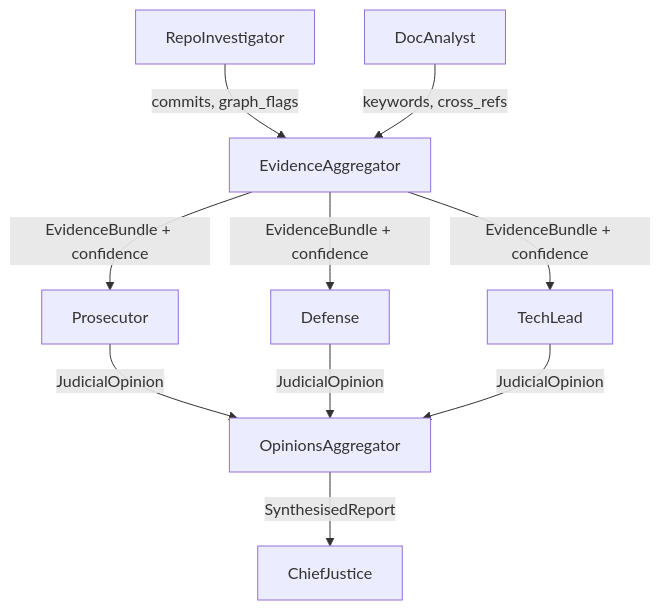
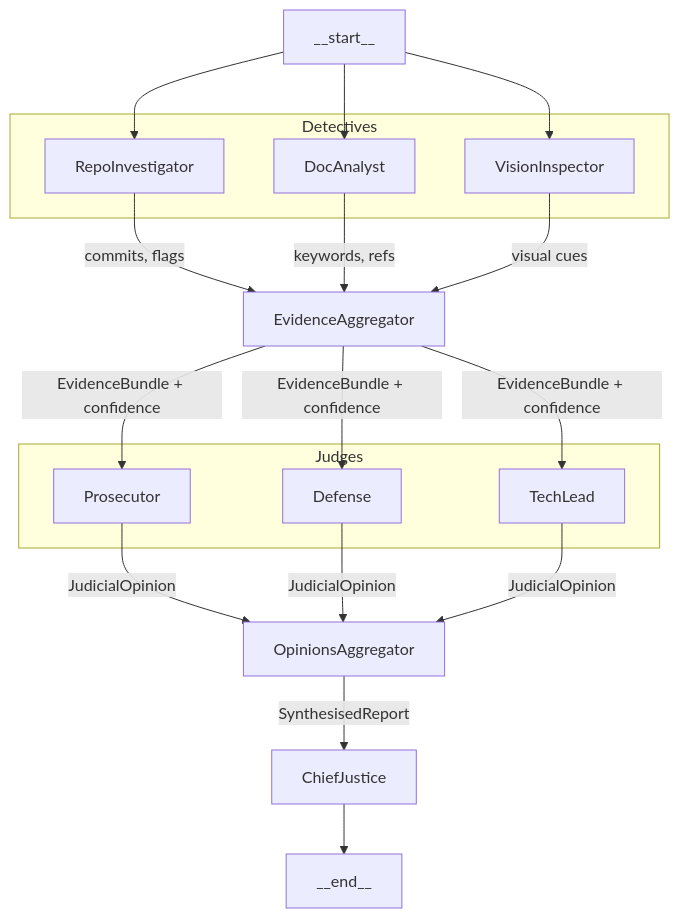
One commit to nuhaminae/Automation-Auditor changed the diagram in README.md. Above: the diagram before and after it, drawn with Mermaid. The commit also changed other lines of this file, not shown here.

Commit message:
Update README Final

````diff
--- a/README.md
+++ b/README.md
@@ -145,19 +168,33 @@
 ```mermaid
 graph TD
-    A[RepoInvestigator] -->|commits, graph_flags| C[EvidenceAggregator]
-    B[DocAnalyst] -->|keywords, cross_refs| C[EvidenceAggregator]
+    S[__start__] -->  A[RepoInvestigator] 
+    S --> B[DocAnalyst]
+    S --> V[VisionInspector]
 
-    %% Evidence fan-out to judges
+    subgraph Detectives
+        A
+        B
+        V
+    end
+
+    A-->|commits, flags| C[EvidenceAggregator]
+    B -->|keywords, refs| C[EvidenceAggregator]
+    V -->|visual cues| C[EvidenceAggregator]
+
+    subgraph Judges
+        D[Prosecutor]
+        E[Defense]
+        F[TechLead]
+    end
+
     C -->|EvidenceBundle + confidence| D[Prosecutor]
     C -->|EvidenceBundle + confidence| E[Defense]
     C -->|EvidenceBundle + confidence| F[TechLead]
 
-    %% Judges fan-in
     D -->|JudicialOpinion| G[OpinionsAggregator]
     E -->|JudicialOpinion| G[OpinionsAggregator]
     F -->|JudicialOpinion| G[OpinionsAggregator]
 
-    %% Final synthesis
     G -->|SynthesisedReport| H[ChiefJustice]
-
+    H --> End[__end__]
 ```
````
